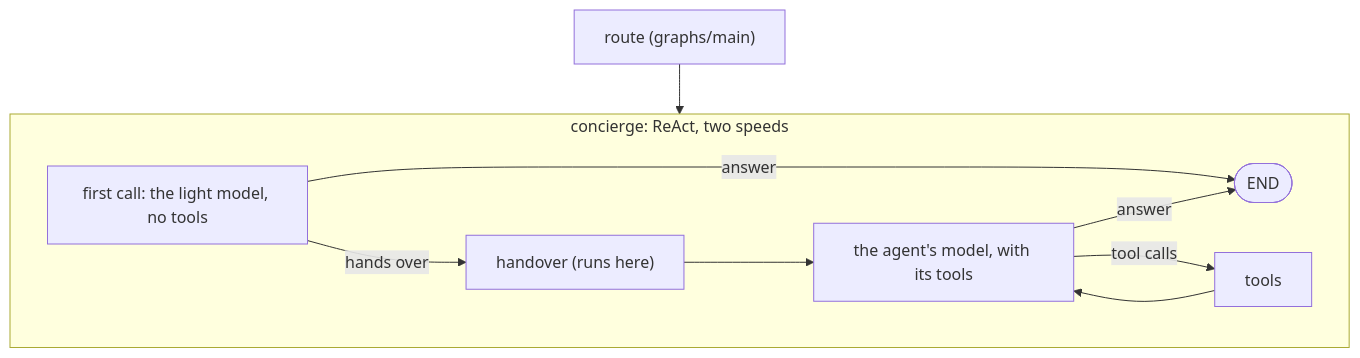
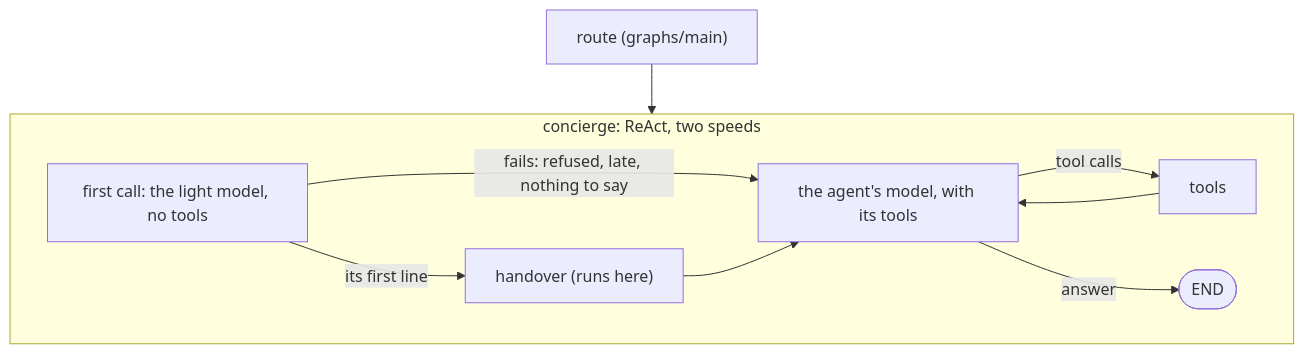
Before and after one commit to cheungyang/aoc: the diagram in graphs/voice/README.md, drawn with Mermaid. The commit also changed other lines of this file and 14 other files, not shown here.

````diff
--- a/graphs/voice/README.md
+++ b/graphs/voice/README.md
@@ -30,12 +30,12 @@
 ```mermaid
 flowchart TD
     route["route (graphs/main)"] --> concierge
     subgraph concierge["concierge: ReAct, two speeds"]
         light["first call: the light model, no tools"]
-        light -->|"answer"| done([END])
-        light -->|"hands over"| handover["handover (runs here)"]
+        light -->|"its first line"| handover["handover (runs here)"]
+        light -->|"fails: refused, late, nothing to say"| agent
         handover --> agent["the agent's model, with its tools"]
         agent -->|"tool calls"| tools["tools"] --> agent
-        agent -->|"answer"| done
+        agent -->|"answer"| done([END])
     end
 ```
````
